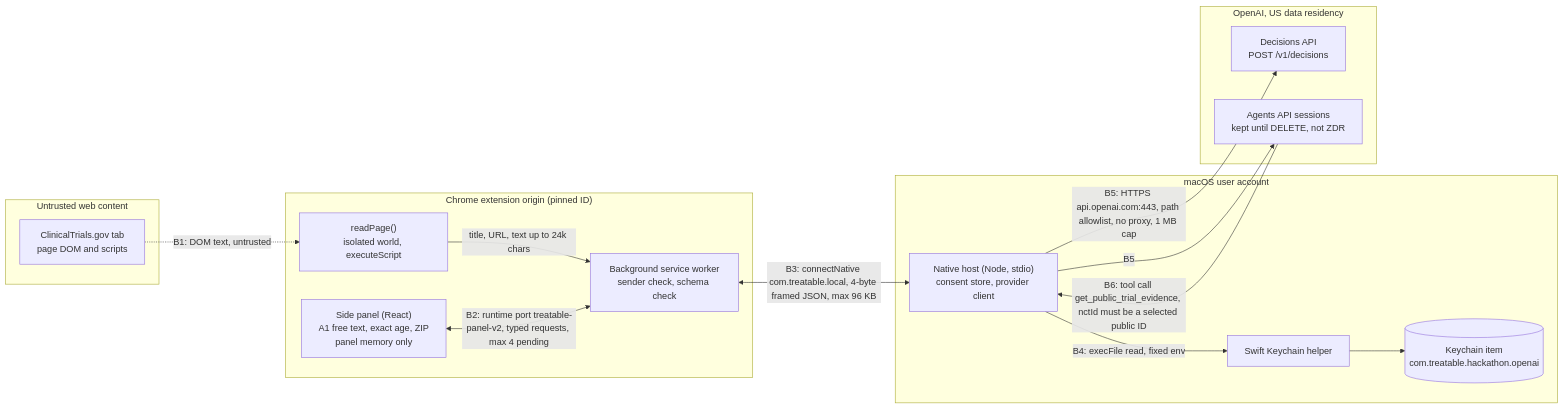
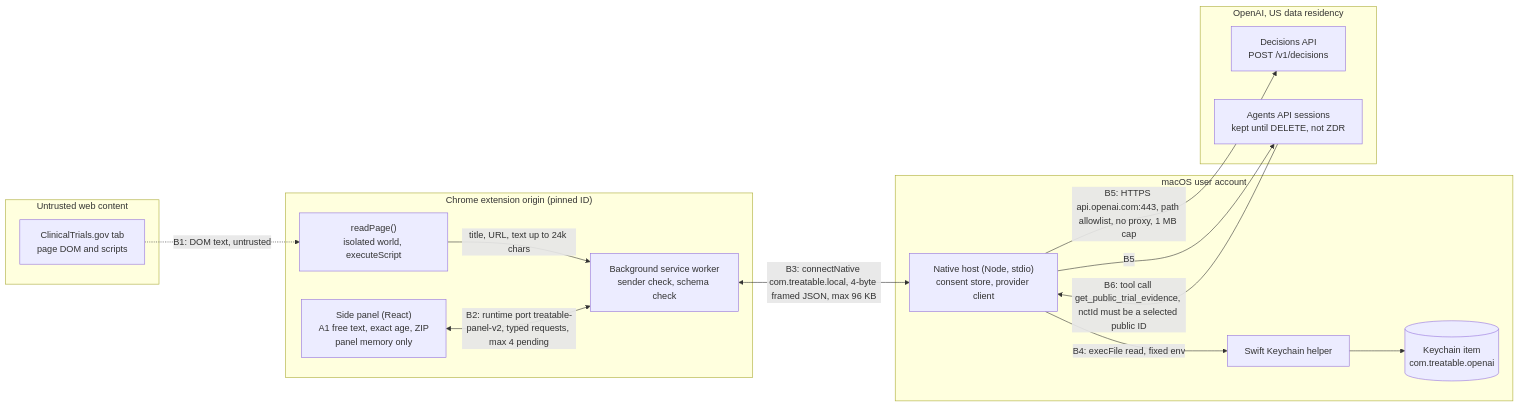
The diagram in docs/security/THREAT_MODEL.md (KurtLehnardt/treatable), drawn with Mermaid before and after one commit. The commit also changed other lines of this file and 8 other files, not shown here.

First line of the commit message:
feat: rename the Keychain item to com.treatable.openai and migrate the old one

````diff
--- a/docs/security/THREAT_MODEL.md
+++ b/docs/security/THREAT_MODEL.md
@@ -55,29 +55,29 @@
 ```mermaid
 flowchart LR
   subgraph WEB["Untrusted web content"]
     PAGE["ClinicalTrials.gov tab<br/>page DOM and scripts"]
   end
   subgraph EXT["Chrome extension origin (pinned ID)"]
     PANEL["Side panel (React)<br/>A1 free text, exact age, ZIP<br/>panel memory only"]
     BG["Background service worker<br/>sender check, schema check"]
     READER["readPage()<br/>isolated world, executeScript"]
   end
   subgraph MAC["macOS user account"]
     HOST["Native host (Node, stdio)<br/>consent store, provider client"]
     HELPER["Swift Keychain helper"]
-    KC[("Keychain item<br/>com.treatable.hackathon.openai")]
+    KC[("Keychain item<br/>com.treatable.openai")]
   end
   subgraph OAI["OpenAI, US data residency"]
     DEC["Decisions API<br/>POST /v1/decisions"]
     AG["Agents API sessions<br/>kept until DELETE, not ZDR"]
   end
   PAGE -.->|"B1: DOM text, untrusted"| READER
   READER -->|"title, URL, text up to 24k chars"| BG
   PANEL <-->|"B2: runtime port treatable-panel-v2, typed requests, max 4 pending"| BG
   BG <-->|"B3: connectNative com.treatable.local, 4-byte framed JSON, max 96 KB"| HOST
   HOST -->|"B4: execFile read, fixed env"| HELPER
   HELPER --> KC
   HOST -->|"B5: HTTPS api.openai.com:443, path allowlist, no proxy, 1 MB cap"| DEC
   HOST -->|"B5"| AG
   AG -->|"B6: tool call get_public_trial_evidence, nctId must be a selected public ID"| HOST
 ```
````
